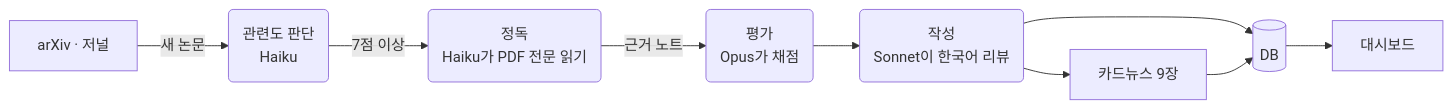
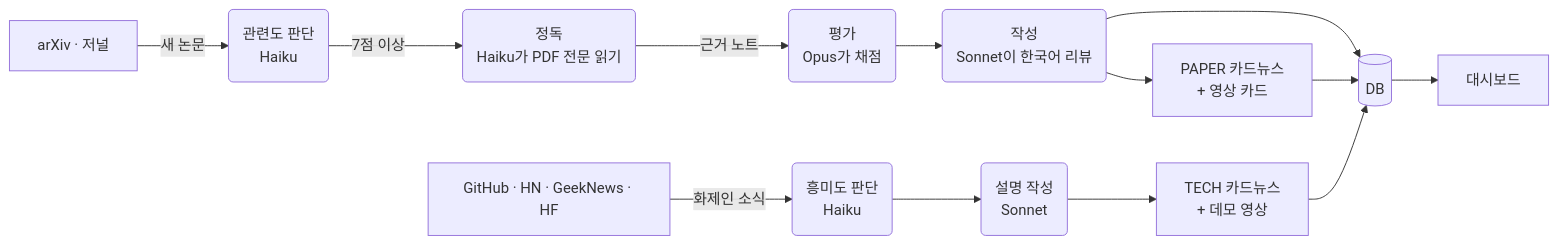
Before and after one commit to SeonGyuJang/STAR_WARS: the diagram in README.md, drawn with Mermaid. The commit also changed other lines of this file and 8 other files, not shown here.

First line of the commit message:
Docs and previews for TECH card news, video cards and the new design

````diff
--- a/README.md
+++ b/README.md
@@ -48,11 +51,15 @@
 ```mermaid
 flowchart LR
     A[arXiv · 저널] -->|새 논문| B(관련도 판단<br/>Haiku)
     B -->|7점 이상| C(정독<br/>Haiku가 PDF 전문 읽기)
     C -->|근거 노트| D(평가<br/>Opus가 채점)
     D --> E(작성<br/>Sonnet이 한국어 리뷰)
-    E --> F[카드뉴스 9장]
+    E --> F[PAPER 카드뉴스<br/>+ 영상 카드]
     E --> G[(DB)]
     F --> G
+    T[GitHub · HN · GeekNews · HF] -->|화제인 소식| U(흥미도 판단<br/>Haiku)
+    U --> V(설명 작성<br/>Sonnet)
+    V --> W[TECH 카드뉴스<br/>+ 데모 영상]
+    W --> G
     G --> H[대시보드]
 ```
````
